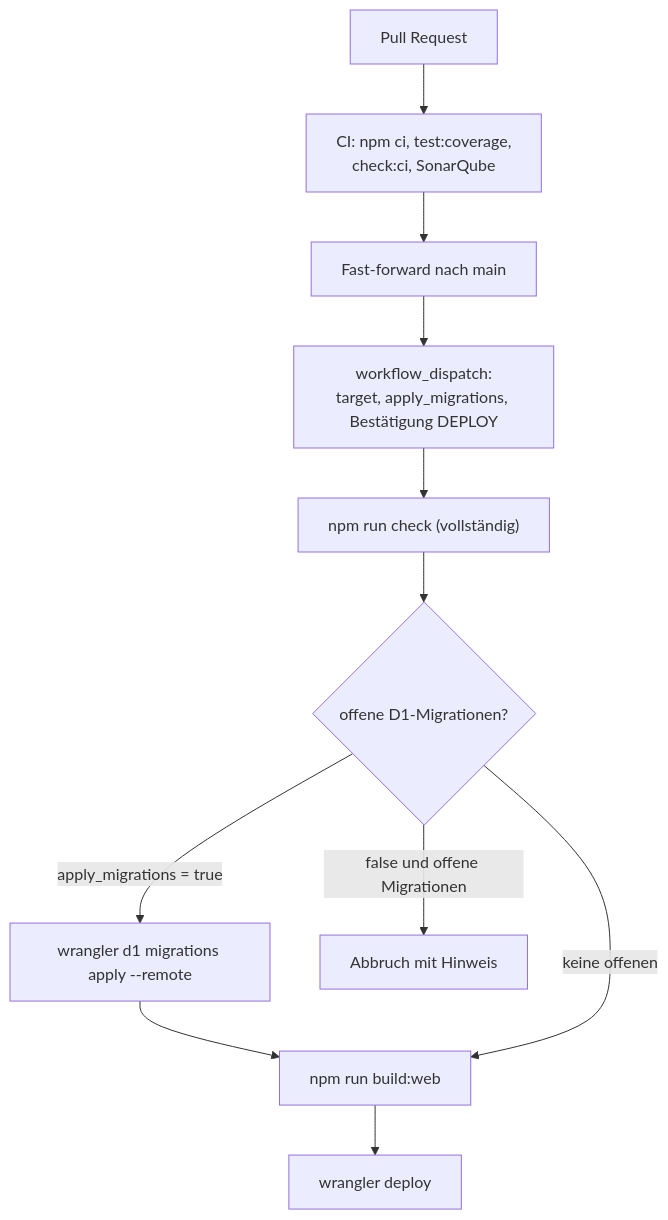
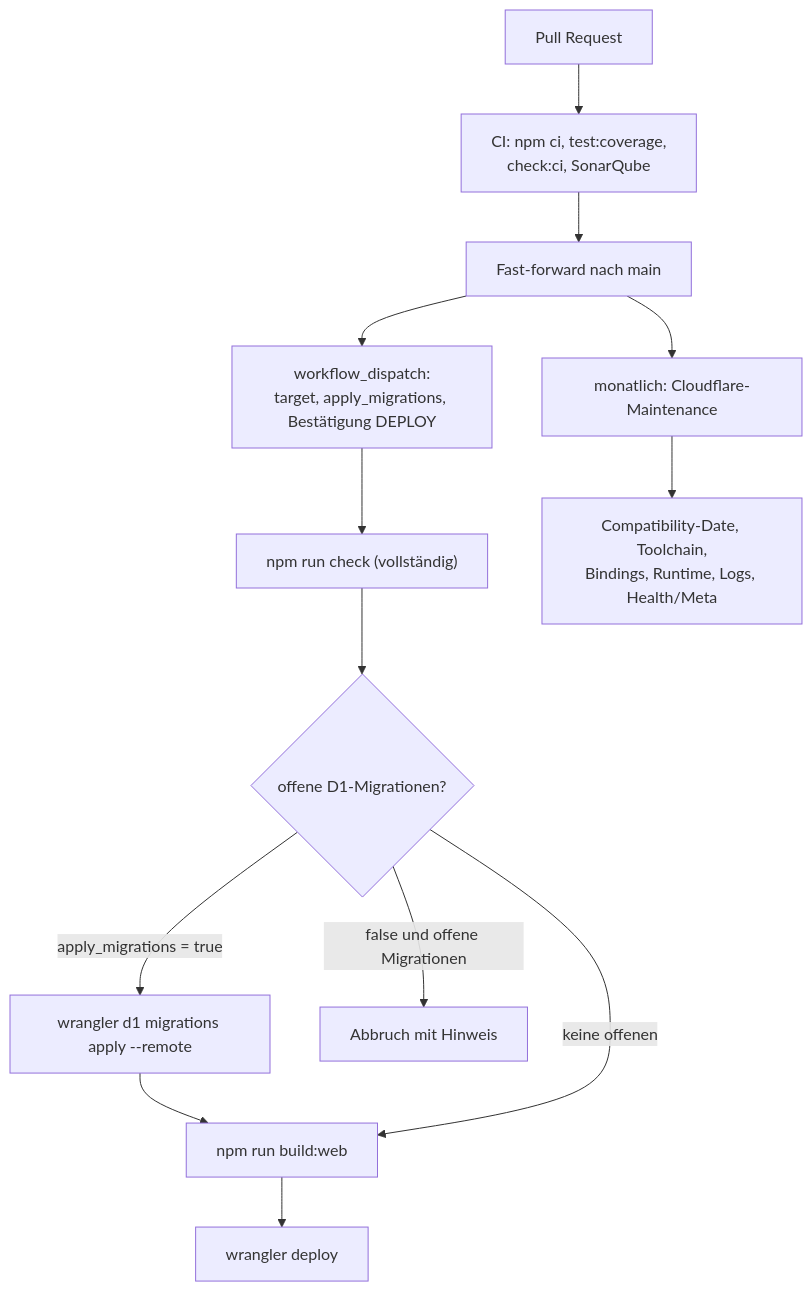
Before and after one commit to aguther/rundflug-leitstand: the second of 2 diagrams in docs/arc42/07-verteilungssicht.md, drawn with Mermaid. The commit also changed other lines of this file and 26 other files, not shown here.

First line of the commit message:
chore(cloudflare): harden runtime maintenance and d1 rebuild

````diff
--- a/docs/arc42/07-verteilungssicht.md
+++ b/docs/arc42/07-verteilungssicht.md
@@ -77,13 +77,15 @@
 ```mermaid
 flowchart TB
     PR["Pull Request"] --> CI["CI: npm ci, test:coverage,<br/>check:ci, SonarQube"]
     CI --> MAIN["Fast-forward nach main"]
     MAIN --> WD["workflow_dispatch:<br/>target, apply_migrations, Bestätigung DEPLOY"]
     WD --> FULL["npm run check (vollständig)"]
     FULL --> MIG{"offene D1-Migrationen?"}
     MIG -->|"apply_migrations = true"| APPLY["wrangler d1 migrations apply --remote"]
     MIG -->|"false und offene Migrationen"| STOP["Abbruch mit Hinweis"]
     APPLY --> BUILD["npm run build:web"]
     MIG -->|"keine offenen"| BUILD
     BUILD --> DEP["wrangler deploy"]
+    MAIN --> MON["monatlich: Cloudflare-Maintenance"]
+    MON --> RUNTIME["Compatibility-Date, Toolchain,<br/>Bindings, Runtime, Logs, Health/Meta"]
 ```
````
